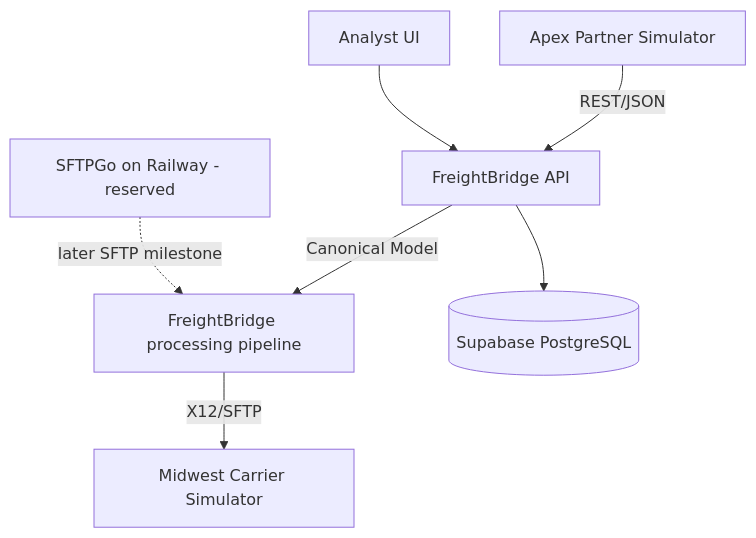
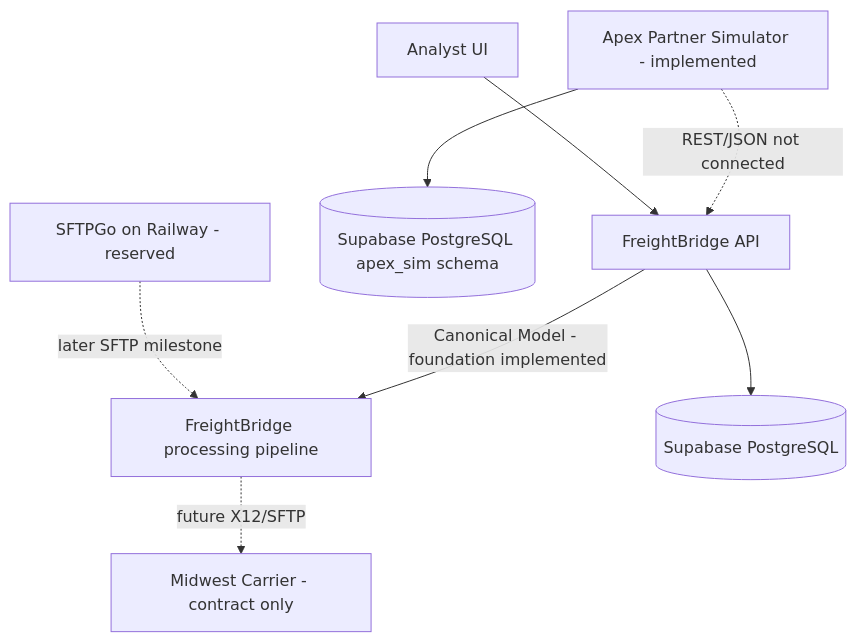
The diagram in docs/architecture/initial-architecture.md (Ryandeboss/FreightBridge), drawn with Mermaid before and after one commit. The commit also changed other lines of this file and 38 other files, not shown here.

Commit message:
Build Apex REST partner simulator

````diff
--- a/docs/architecture/initial-architecture.md
+++ b/docs/architecture/initial-architecture.md
@@ -5,9 +5,10 @@
 ```mermaid
 flowchart TD
-  Apex[Apex Partner Simulator] -->|REST/JSON| API[FreightBridge API]
+  Apex[Apex Partner Simulator - implemented] -. REST/JSON not connected .-> API[FreightBridge API]
   UI[Analyst UI] --> API
-  API -->|Canonical Model| Pipeline[FreightBridge processing pipeline]
-  Pipeline -->|X12/SFTP| Midwest[Midwest Carrier Simulator]
+  API -->|Canonical Model - foundation implemented| Pipeline[FreightBridge processing pipeline]
+  Pipeline -. future X12/SFTP .-> Midwest[Midwest Carrier - contract only]
   API --> Supabase[(Supabase PostgreSQL)]
+  Apex --> ApexSchema[(Supabase PostgreSQL apex_sim schema)]
   SFTP[SFTPGo on Railway - reserved] -. later SFTP milestone .-> Pipeline
 ```
````
